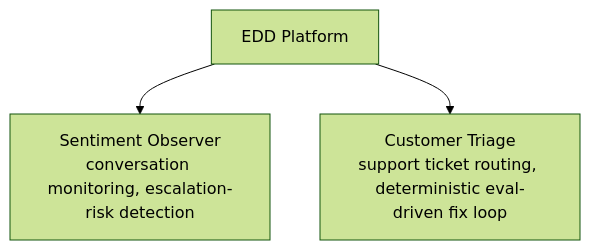
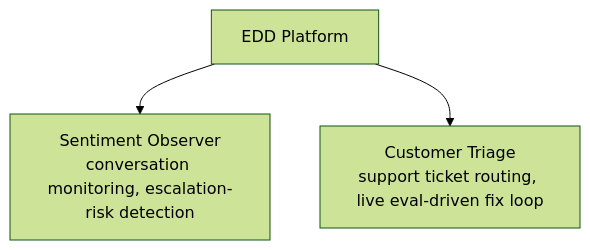
The sixth of 6 diagrams in docs/ARCHITECTURE.md (bfalkowski/edd-platform), drawn with Mermaid (forest theme) before and after one commit. The commit also changed 4 other files, not shown here.

First line of the commit message:
T-14: Make the Customer Triage demo show live runs, not mock runs

````diff
--- a/docs/ARCHITECTURE.md
+++ b/docs/ARCHITECTURE.md
@@ -259,10 +259,10 @@
 ```mermaid
 flowchart TB
   Platform["EDD Platform"]
 
   Sentiment["Sentiment Observer<br/>conversation monitoring, escalation-risk detection"]
-  Triage["Customer Triage<br/>support ticket routing, deterministic eval-driven fix loop"]
+  Triage["Customer Triage<br/>support ticket routing, live eval-driven fix loop"]
 
   Platform --> Sentiment
   Platform --> Triage
 ```
````
